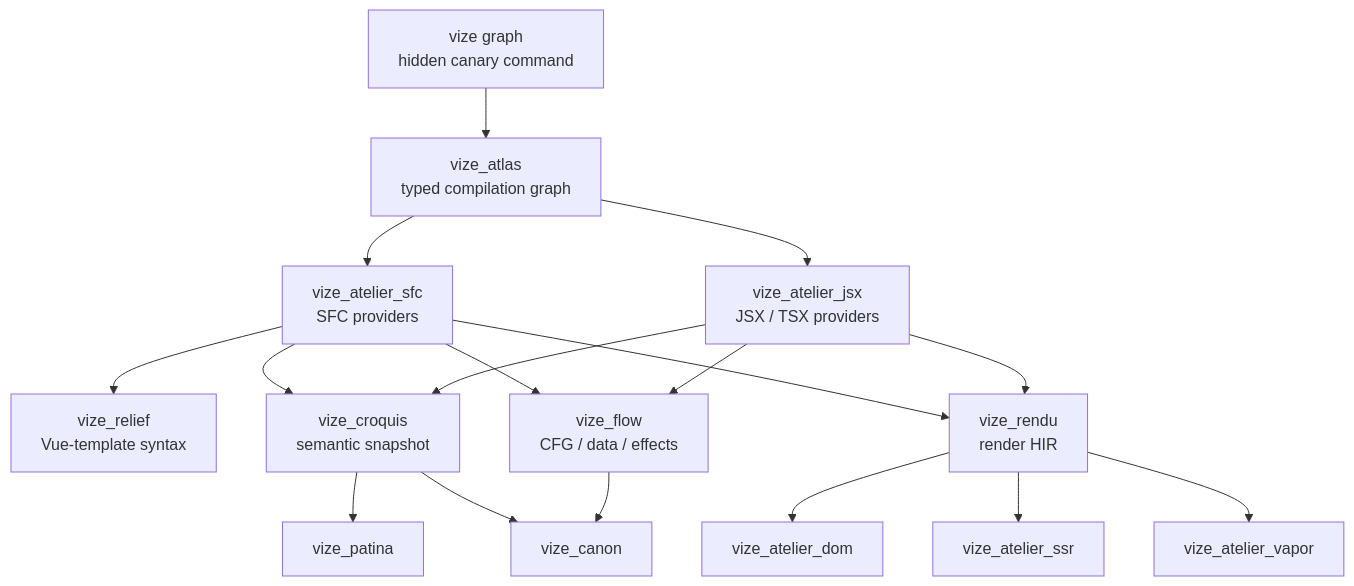
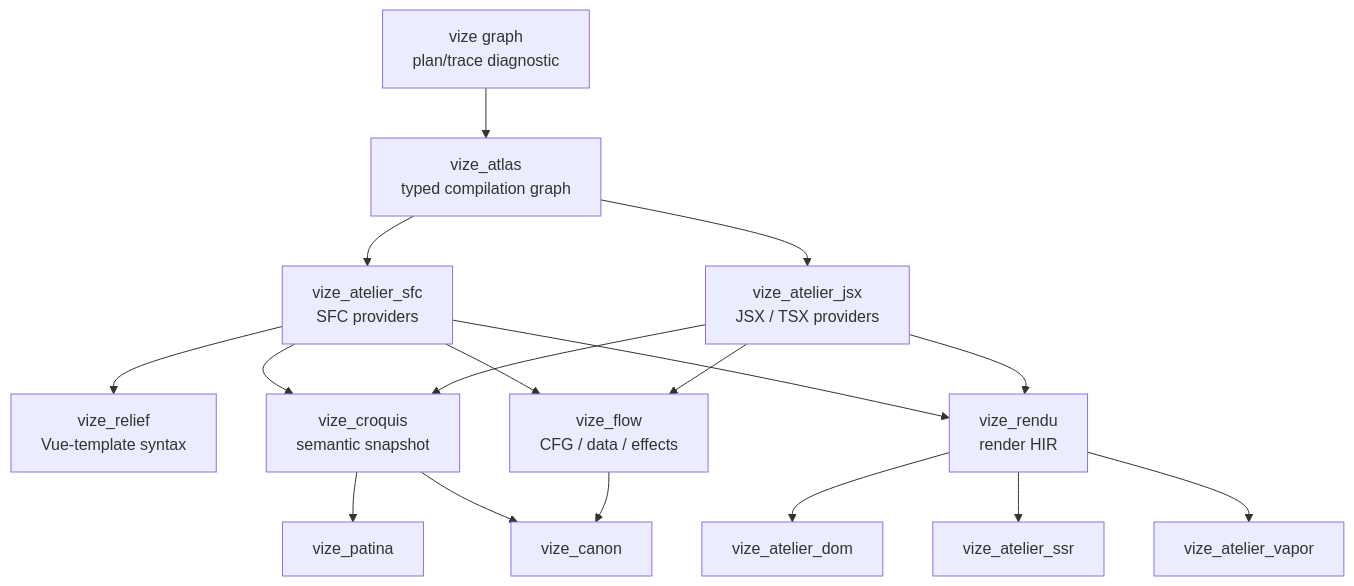
One commit to ubugeeei-prod/vize changed the first of 2 diagrams in docs/content/architecture/overview.md. Above: the diagram before and after it, drawn with Mermaid. The commit also changed other lines of this file and 397 other files, not shown here.

Commit message:
refactor(infra)!: establish the Atlas production canary

````diff
--- a/docs/content/architecture/overview.md
+++ b/docs/content/architecture/overview.md
@@ -24,21 +24,21 @@
 ```mermaid
 graph TD
-    Canary["vize graph<br/>hidden canary command"] --> Atlas["vize_atlas<br/>typed compilation graph"]
+    Canary["vize graph<br/>plan/trace diagnostic"] --> Atlas["vize_atlas<br/>typed compilation graph"]
 
     Atlas --> Sfc["vize_atelier_sfc<br/>SFC providers"]
     Atlas --> Jsx["vize_atelier_jsx<br/>JSX / TSX providers"]
     Sfc --> Relief["vize_relief<br/>Vue-template syntax"]
     Sfc --> Croquis["vize_croquis<br/>semantic snapshot"]
     Jsx --> Croquis
     Sfc --> Flow["vize_flow<br/>CFG / data / effects"]
     Jsx --> Flow
     Sfc --> Rendu["vize_rendu<br/>render HIR"]
     Jsx --> Rendu
 
     Rendu --> Dom["vize_atelier_dom"]
     Rendu --> Ssr["vize_atelier_ssr"]
     Rendu --> Vapor["vize_atelier_vapor"]
     Croquis --> Patina["vize_patina"]
     Croquis --> Canon["vize_canon"]
     Flow --> Canon
 ```
````
